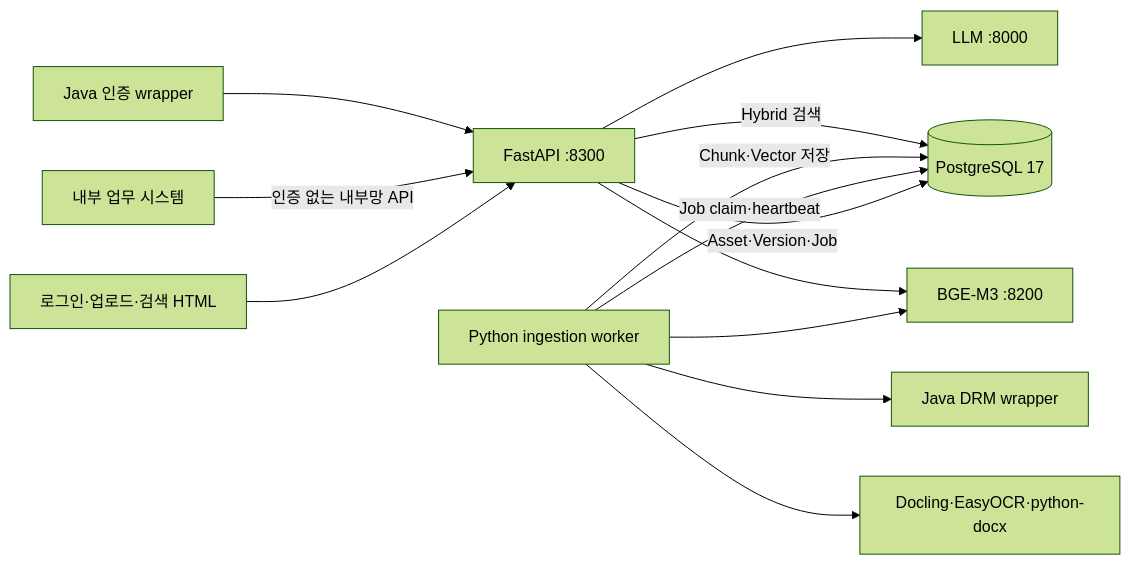
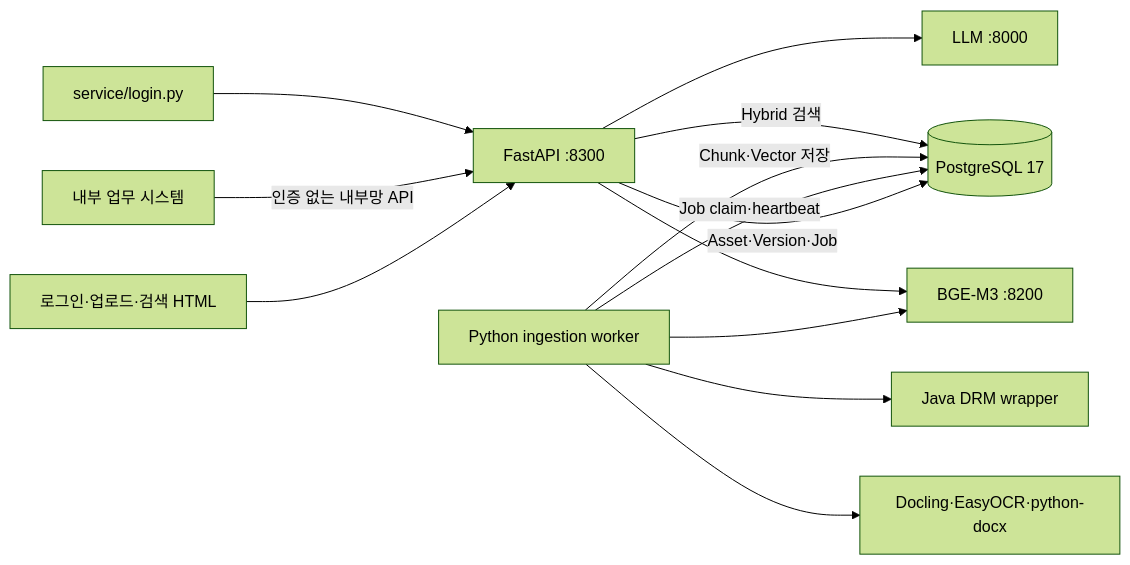
The diagram in OPERATIONS_MANUAL.md (sngjng/ecm-rag), drawn with Mermaid (forest theme) before and after one commit. The commit also changed other lines of this file and 29 other files, not shown here.

````diff
--- a/OPERATIONS_MANUAL.md
+++ b/OPERATIONS_MANUAL.md
@@ -30,15 +36,15 @@
 ```mermaid
 flowchart LR
     Browser[로그인·업로드·검색 HTML] --> API[FastAPI :8300]
     Internal[내부 업무 시스템] -->|인증 없는 내부망 API| API
     API -->|Asset·Version·Job| DB[(PostgreSQL 17)]
     Worker[Python ingestion worker] -->|Job claim·heartbeat| DB
     Worker --> DRM[Java DRM wrapper]
     Worker --> Parser[Docling·EasyOCR·python-docx]
     Worker --> Embed[BGE-M3 :8200]
     Worker -->|Chunk·Vector 저장| DB
     API -->|Hybrid 검색| DB
     API --> Embed
     API --> LLM[LLM :8000]
-    JavaAuth[Java 인증 wrapper] --> API
+    LoginPy[service/login.py] --> API
 ```
````
